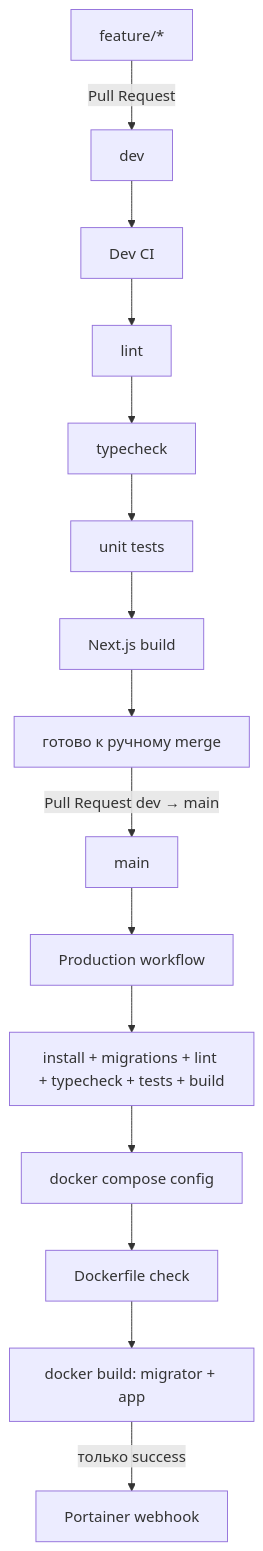
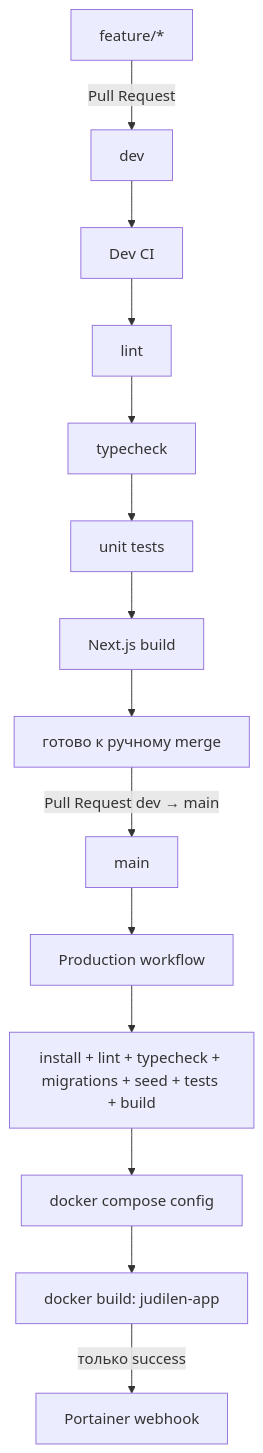
Before and after one commit to egikov99/judilen: the diagram in docs/CI_CD.md, drawn with Mermaid. The commit also changed other lines of this file and 6 other files, not shown here.

````diff
--- a/docs/CI_CD.md
+++ b/docs/CI_CD.md
@@ -12,17 +12,16 @@
 ```mermaid
 flowchart TD
     F["feature/*"] -->|"Pull Request"| D["dev"]
     D --> DC["Dev CI"]
     DC --> L["lint"]
     L --> T["typecheck"]
     T --> U["unit tests"]
     U --> B["Next.js build"]
     B --> R["готово к ручному merge"]
     R -->|"Pull Request dev → main"| M["main"]
     M --> PC["Production workflow"]
-    PC --> PV["install + migrations + lint + typecheck + tests + build"]
+    PC --> PV["install + lint + typecheck + migrations + seed + tests + build"]
     PV --> CV["docker compose config"]
-    CV --> DF["Dockerfile check"]
-    DF --> DB["docker build: migrator + app"]
+    CV --> DB["docker build: judilen-app"]
     DB -->|"только success"| P["Portainer webhook"]
 ```
````
